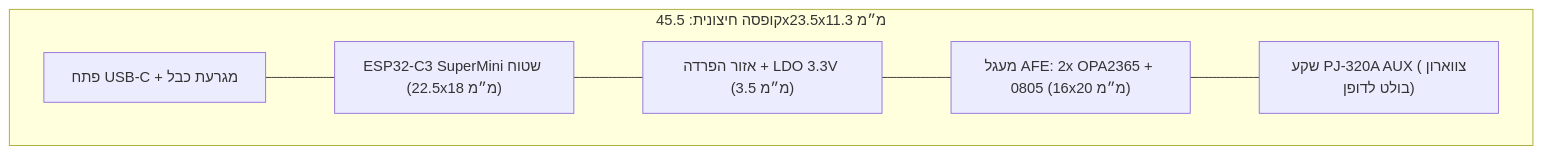
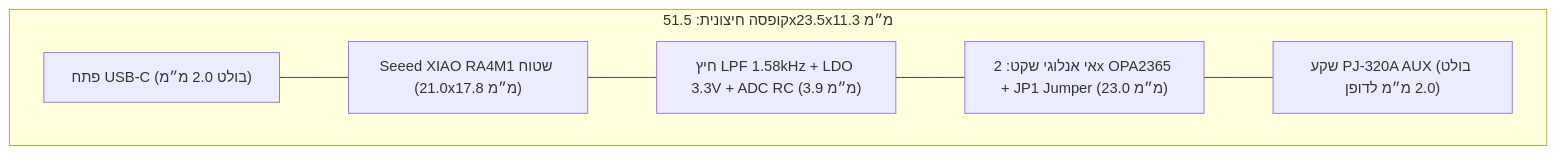
The diagram in docs/fusion360_enclosure_guide.md (imryav/EarScope), drawn with Mermaid before and after one commit. The commit also changed other lines of this file and 60 other files, not shown here.

Commit message:
feat(hw): migrate to Seeed XIAO RA4M1, add 1.58kHz USB LPF, replace SW1 with JP1 jumper (Rev 2.0)

````diff
--- a/docs/fusion360_enclosure_guide.md
+++ b/docs/fusion360_enclosure_guide.md
@@ -22,10 +22,10 @@
 ```mermaid
 flowchart LR
-    subgraph Box["קופסה חיצונית: 45.5x23.5x11.3 מ״מ"]
+    subgraph Box["קופסה חיצונית: 51.5x23.5x11.3 מ״מ"]
         direction LR
-        USBC["פתח USB-C + מגרעת כבל"] --- C3["ESP32-C3 SuperMini שטוח (22.5x18 מ״מ)"]
-        C3 --- LDO["אזור הפרדה + LDO 3.3V (3.5 מ״מ)"]
-        LDO --- AFE["מעגל AFE: 2x OPA2365 + 0805 (16x20 מ״מ)"]
-        AFE --- AUX["שקע PJ-320A AUX (צווארון בולט לדופן)"]
+        USBC["פתח USB-C (בולט 2.0 מ״מ)"] --- XIAO["Seeed XIAO RA4M1 שטוח (21.0x17.8 מ״מ)"]
+        XIAO --- LPF["חיץ LPF 1.58kHz + LDO 3.3V + ADC RC (3.9 מ״מ)"]
+        LPF --- AFE["אי אנלוגי שקט: 2x OPA2365 + JP1 Jumper (23.0 מ״מ)"]
+        AFE --- AUX["שקע PJ-320A AUX (בולט 2.0 מ״מ לדופן)"]
     end
 ```
````
